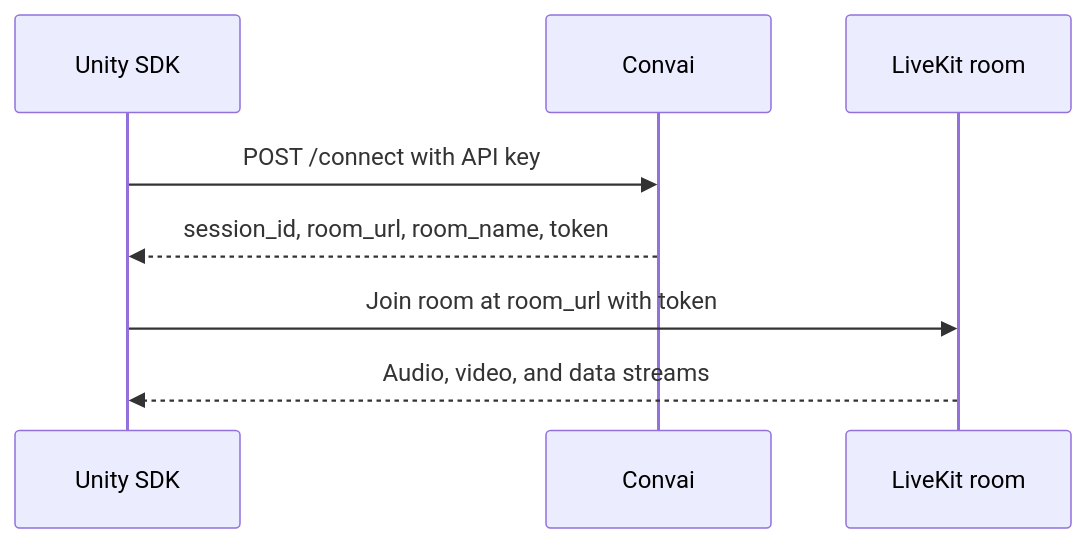
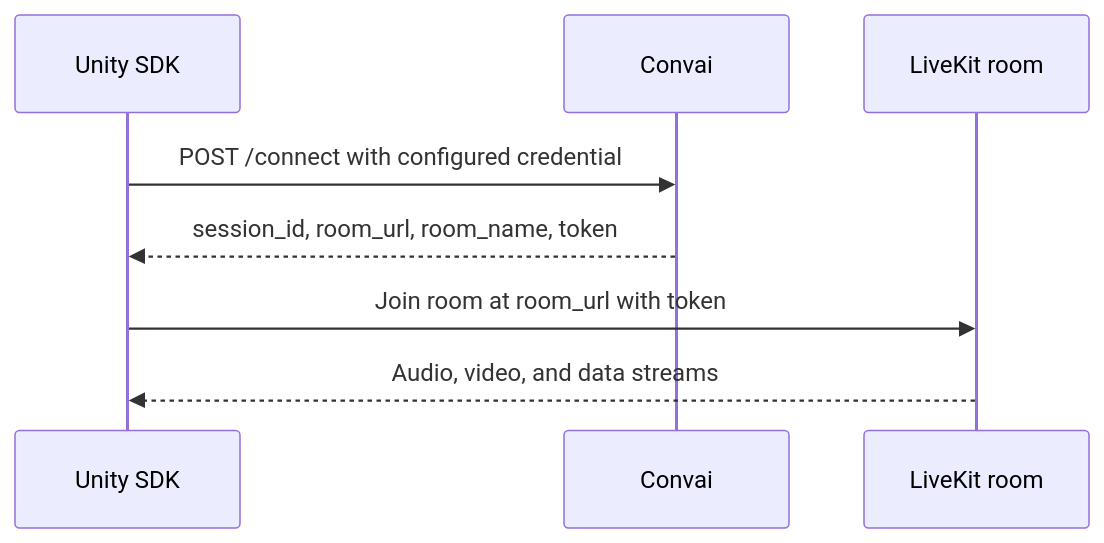
The diagram in plugins-and-integrations/convai-unity-sdk/compatibility-and-requirements/network-and-api-requirements.md (Conv-AI/Convai-Documentation), drawn with Mermaid before and after one commit. The commit also changed other lines of this file and 48 other files, not shown here.

````diff
--- a/plugins-and-integrations/convai-unity-sdk/compatibility-and-requirements/network-and-api-requirements.md
+++ b/plugins-and-integrations/convai-unity-sdk/compatibility-and-requirements/network-and-api-requirements.md
@@ -46,11 +53,11 @@
 ```mermaid
 sequenceDiagram
     participant Unity as Unity SDK
     participant Convai as Convai
     participant LiveKit as LiveKit room
 
-    Unity->>Convai: POST /connect with API key
+    Unity->>Convai: POST /connect with configured credential
     Convai-->>Unity: session_id, room_url, room_name, token
     Unity->>LiveKit: Join room at room_url with token
     LiveKit-->>Unity: Audio, video, and data streams
 ```
````
